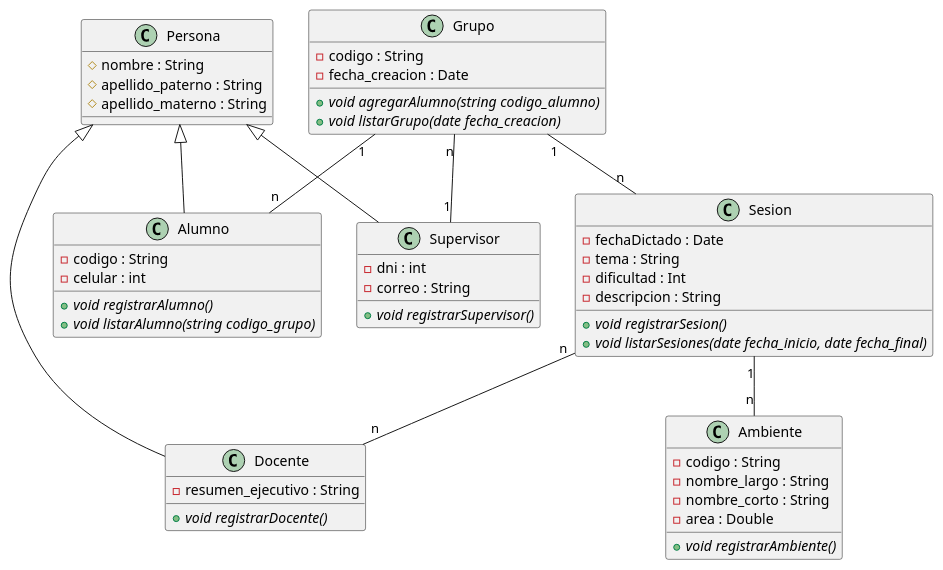
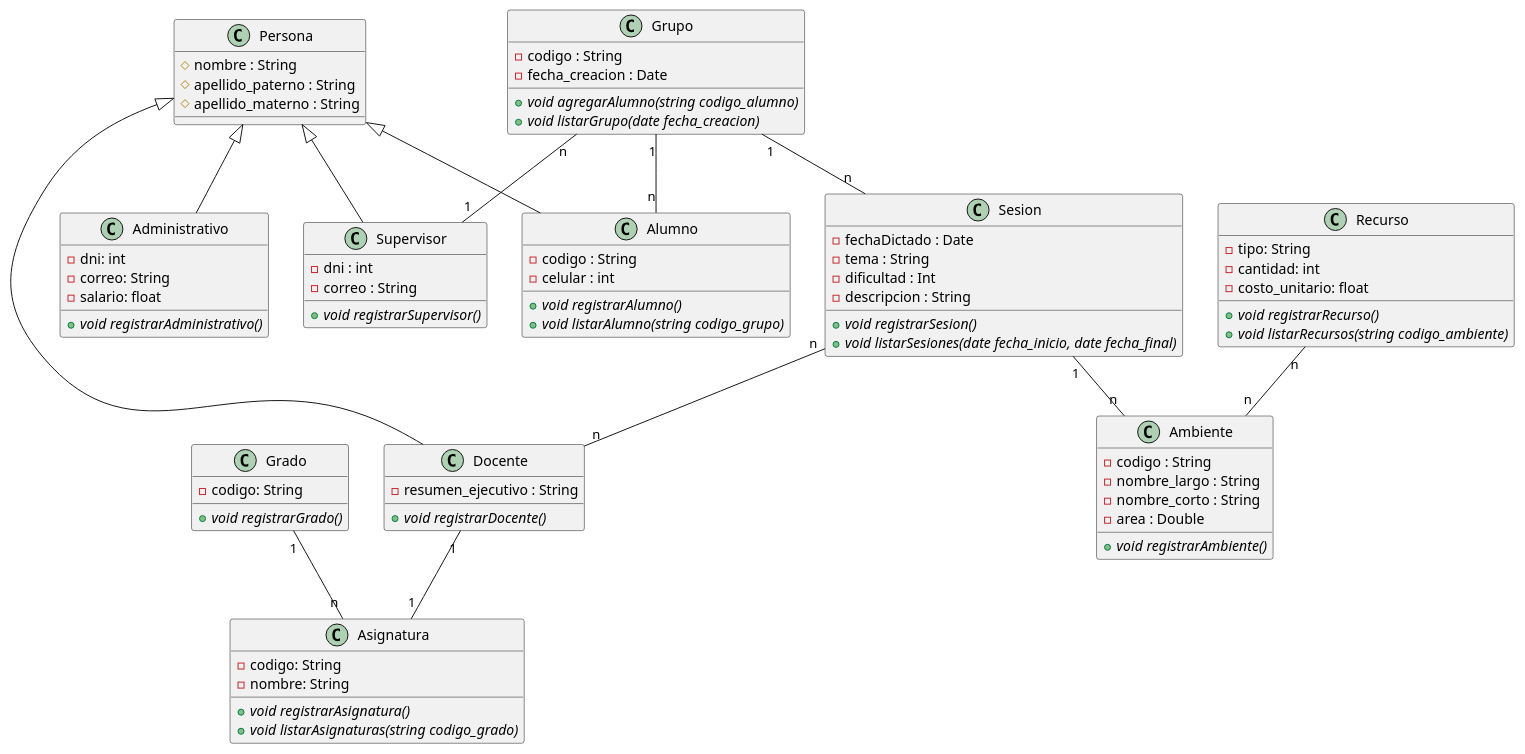
The diagram in POO/Producto_Academico_01/src/main/java/com/mycompany/producto_academico_01/diagramClass.puml (chewei999/GitHub-UC), drawn with PlantUML before and after one commit. The commit also changed 5 other files, not shown here.

```diff
--- a/POO/Producto_Academico_01/src/main/java/com/mycompany/producto_academico_01/diagramClass.puml
+++ b/POO/Producto_Academico_01/src/main/java/com/mycompany/producto_academico_01/diagramClass.puml
@@ -1,59 +1,89 @@
 @startuml
     class Persona{
         #nombre : String
         #apellido_paterno : String
         #apellido_materno : String
     }
 
     class Alumno {
         -codigo : String
         -celular : int
         +{abstract}void registrarAlumno()
         +{abstract}void listarAlumno(string codigo_grupo)
     }
 
     class Docente{
         -resumen_ejecutivo : String
         +{abstract}void registrarDocente()
     }
 
-    class Supervisor {
+    class Supervisor{
         -dni : int
         -correo : String
         +{abstract}void registrarSupervisor()
+    }
+
+    class Administrativo{
+        -dni: int
+        -correo: String
+        -salario: float
+        +{abstract}void registrarAdministrativo()
     }
 
     class Grupo{
         -codigo : String
         -fecha_creacion : Date
         +{abstract}void agregarAlumno(string codigo_alumno)
         +{abstract}void listarGrupo(date fecha_creacion)
     }
 
     class Sesion{
         -fechaDictado : Date
         -tema : String
         -dificultad : Int
         -descripcion : String
         +{abstract}void registrarSesion()
         +{abstract}void listarSesiones(date fecha_inicio, date fecha_final)
     }
 
     class Ambiente{
         -codigo : String
         -nombre_largo : String
         -nombre_corto : String
         -area : Double
         +{abstract}void registrarAmbiente()
     }
 
+    class Recurso{
+        -tipo: String
+        -cantidad: int
+        -costo_unitario: float
+        +{abstract}void registrarRecurso()
+        +{abstract}void listarRecursos(string codigo_ambiente)
+    }
+
+    class Grado{
+        -codigo: String
+        +{abstract}void registrarGrado()
+    }
+
+    class Asignatura{
+        -codigo: String
+        -nombre: String
+        +{abstract}void registrarAsignatura()
+        +{abstract} void listarAsignaturas(string codigo_grado)
+    }
 
     Persona <|-- Alumno
     Persona <|-- Docente
     Persona <|-- Supervisor
+    Persona <|-- Administrativo
     Grupo "n" -- "1" Supervisor
     Grupo "1" -- "n" Alumno
     Grupo "1" -- "n" Sesion
     Sesion "n" -- "n" Docente
     Sesion "1" -- "n" Ambiente
+    Recurso "n" -- "n" Ambiente
+    Grado "1" -- "n" Asignatura
+    Docente "1" -- "1" Asignatura
 @enduml
```
